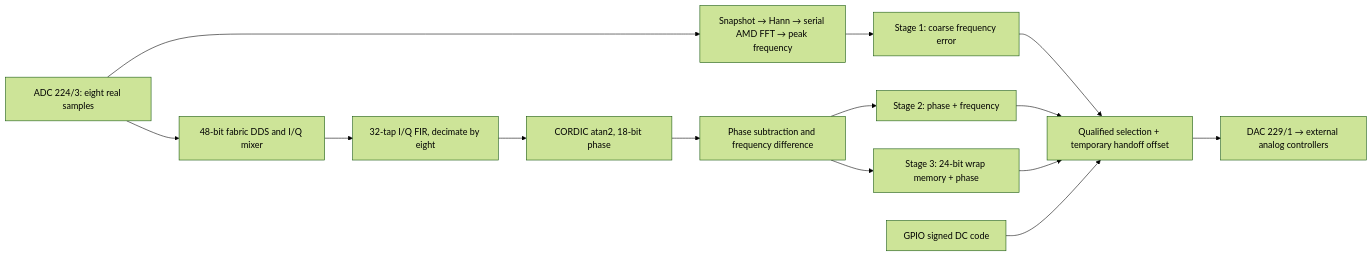
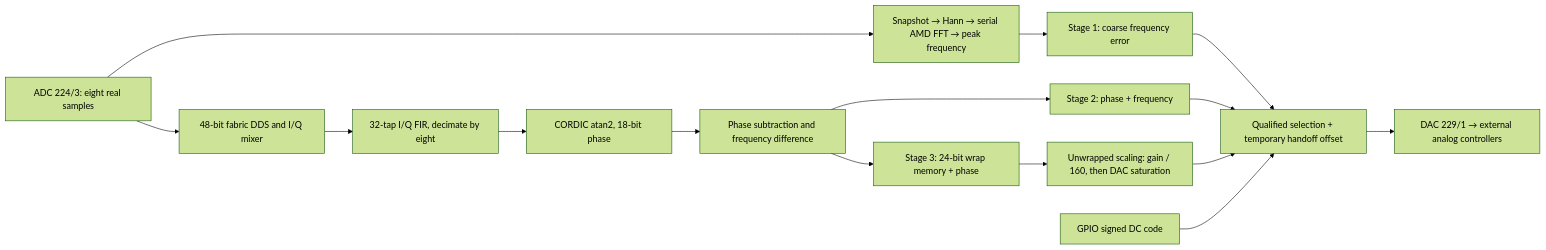
Before and after one commit to drkbldwn208/TransportPhaseLockFF: the diagram in docs/laser_pll.md, drawn with Mermaid (forest theme). The commit also changed other lines of this file and 53 other files, not shown here.

````diff
--- a/docs/laser_pll.md
+++ b/docs/laser_pll.md
@@ -57,16 +61,17 @@
 ```mermaid
 flowchart LR
     ADC["ADC 224/3: eight real samples"] --> MIX["48-bit fabric DDS and I/Q mixer"]
     MIX --> FIR["32-tap I/Q FIR, decimate by eight"]
     FIR --> CORDIC["CORDIC atan2, 18-bit phase"]
     CORDIC --> ERR["Phase subtraction and frequency difference"]
     ERR --> CAP["Stage 2: phase + frequency"]
     ERR --> UNWRAP["Stage 3: 24-bit wrap memory + phase"]
+    UNWRAP --> SCALE["Unwrapped scaling: gain / 160, then DAC saturation"]
     ADC --> FFT["Snapshot → Hann → serial AMD FFT → peak frequency"]
     FFT --> WIDE["Stage 1: coarse frequency error"]
     WIDE --> SELECT["Qualified selection + temporary handoff offset"]
     CAP --> SELECT
-    UNWRAP --> SELECT
+    SCALE --> SELECT
     DC["GPIO signed DC code"] --> SELECT
     SELECT --> DAC["DAC 229/1 → external analog controllers"]
 ```
````
